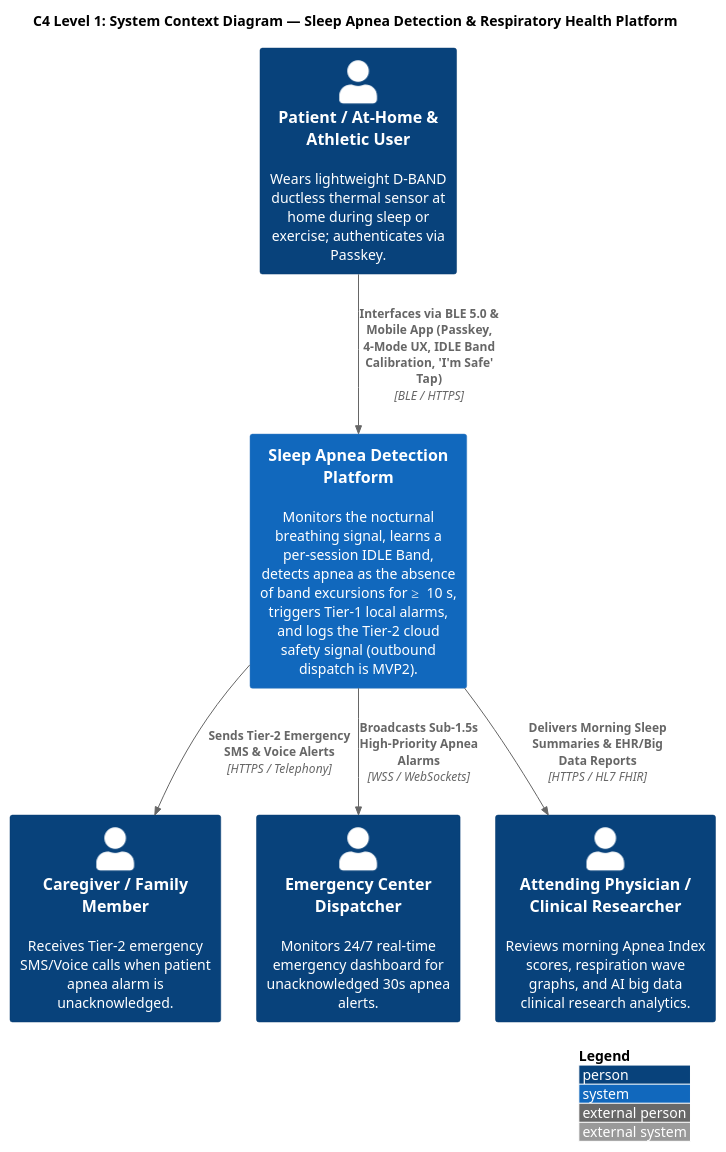
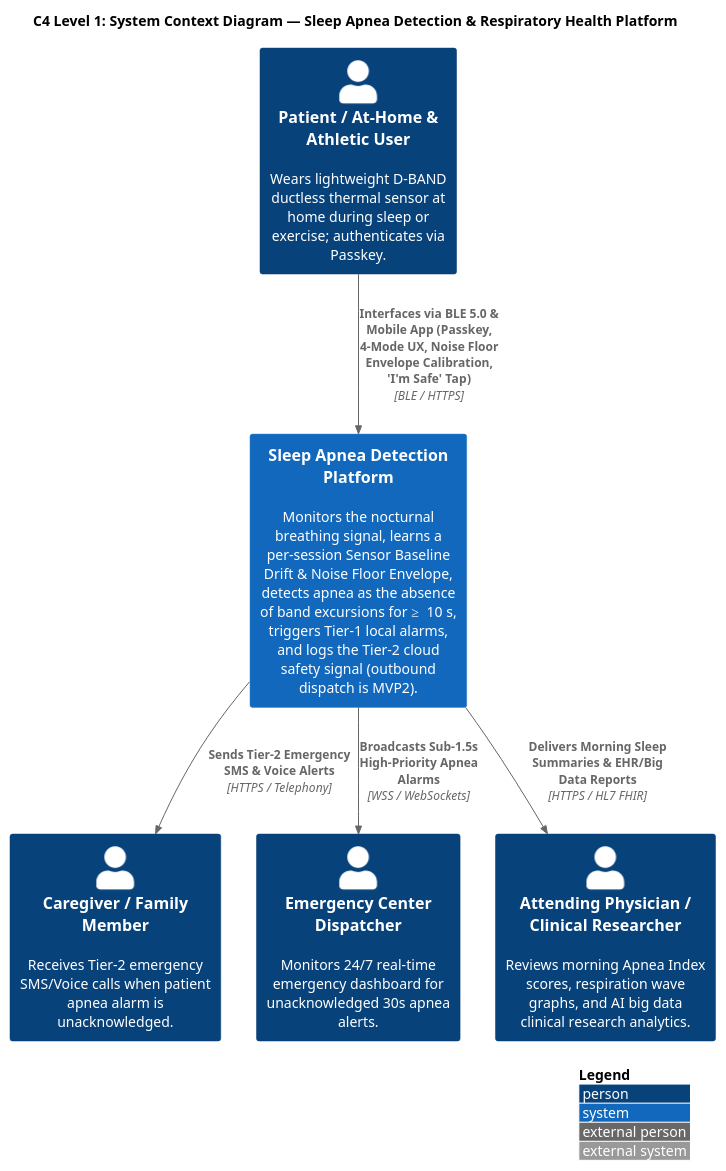
One commit to reidlai/masker-app changed the first of 14 diagrams in _bmad-output/architecture/ARCHITECTURE-SPINE.md. Above: the diagram before and after it, drawn with PlantUML. The commit also changed other lines of this file and 50 other files, not shown here.

Commit message:
feat(profile): implement Story 1.2 Health Baseline, Patient Identification & Caregiver Setup

````diff
--- a/_bmad-output/architecture/ARCHITECTURE-SPINE.md
+++ b/_bmad-output/architecture/ARCHITECTURE-SPINE.md
@@ -24,22 +24,22 @@
 ```plantuml
 @startuml C4_Level1_System_Context
-!include https://raw.githubusercontent.com/plantuml-stdlib/C4-PlantUML/master/C4_Context.puml
+!include <C4/C4_Context>
 
 LAYOUT_WITH_LEGEND()
 
 title C4 Level 1: System Context Diagram — Sleep Apnea Detection & Respiratory Health Platform
 
 Person(patient, "Patient / At-Home & Athletic User", "Wears lightweight D-BAND ductless thermal sensor at home during sleep or exercise; authenticates via Passkey.")
 Person(caregiver, "Caregiver / Family Member", "Receives Tier-2 emergency SMS/Voice calls when patient apnea alarm is unacknowledged.")
 Person(dispatcher, "Emergency Center Dispatcher", "Monitors 24/7 real-time emergency dashboard for unacknowledged 30s apnea alerts.")
 Person(doctor, "Attending Physician / Clinical Researcher", "Reviews morning Apnea Index scores, respiration wave graphs, and AI big data clinical research analytics.")
 
-System(system, "Sleep Apnea Detection Platform", "Monitors the nocturnal breathing signal, learns a per-session IDLE Band, detects apnea as the absence of band excursions for ≥ 10 s, triggers Tier-1 local alarms, and logs the Tier-2 cloud safety signal (outbound dispatch is MVP2).")
+System(system, "Sleep Apnea Detection Platform", "Monitors the nocturnal breathing signal, learns a per-session Sensor Baseline Drift & Noise Floor Envelope, detects apnea as the absence of band excursions for ≥ 10 s, triggers Tier-1 local alarms, and logs the Tier-2 cloud safety signal (outbound dispatch is MVP2).")
 
-Rel(patient, system, "Interfaces via BLE 5.0 & Mobile App (Passkey, 4-Mode UX, IDLE Band Calibration, 'I'm Safe' Tap)", "BLE / HTTPS")
+Rel(patient, system, "Interfaces via BLE 5.0 & Mobile App (Passkey, 4-Mode UX, Noise Floor Envelope Calibration, 'I'm Safe' Tap)", "BLE / HTTPS")
 Rel(system, caregiver, "Sends Tier-2 Emergency SMS & Voice Alerts", "HTTPS / Telephony")
 Rel(system, dispatcher, "Broadcasts Sub-1.5s High-Priority Apnea Alarms", "WSS / WebSockets")
 Rel(system, doctor, "Delivers Morning Sleep Summaries & EHR/Big Data Reports", "HTTPS / HL7 FHIR")
 
 @enduml
 ```
````
